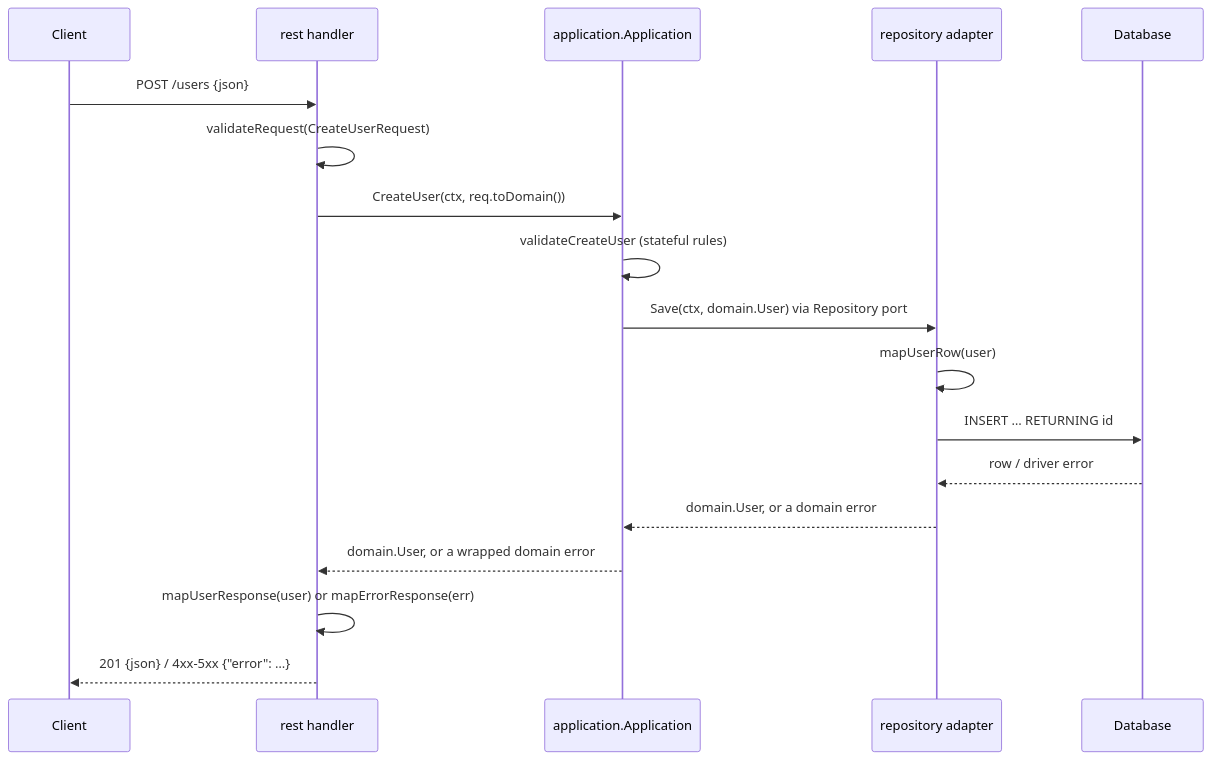
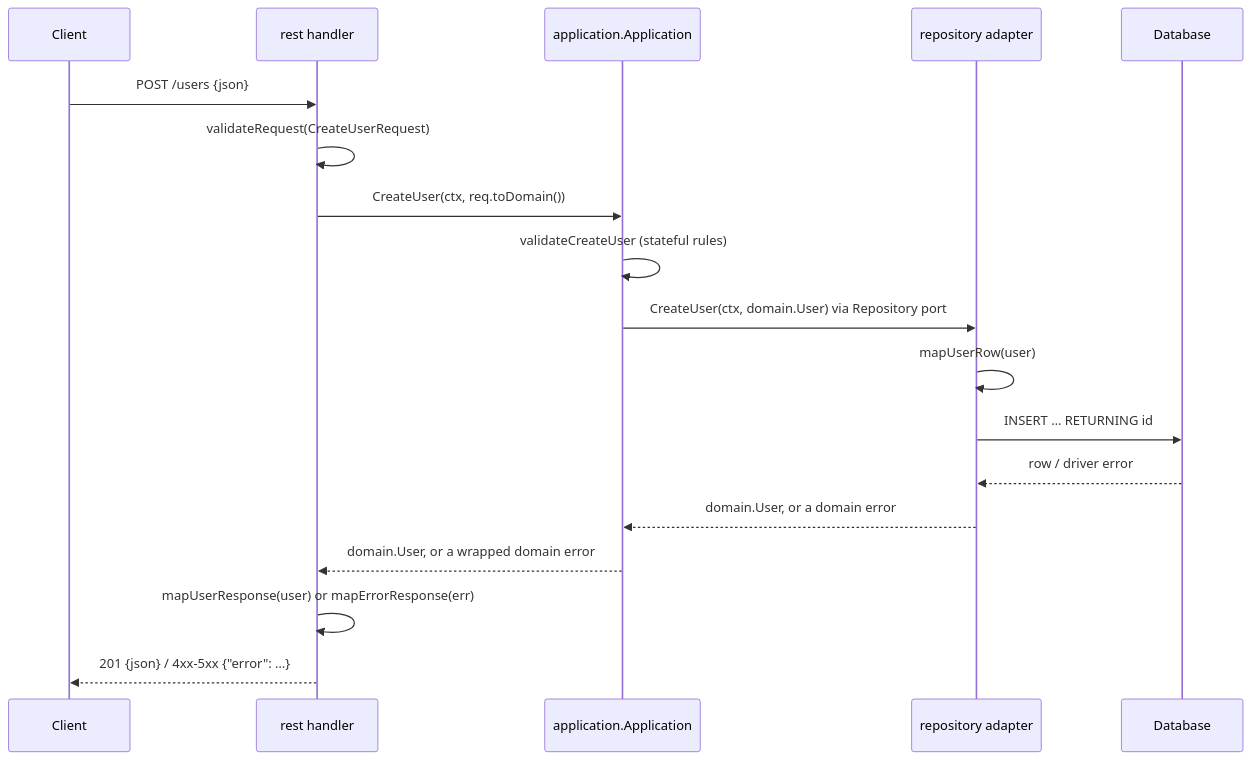
One commit to drew138/.dotfiles changed the second of 2 diagrams in roles/ai/files/skills/go-service/references/architecture.md. Above: the diagram before and after it, drawn with Mermaid. The commit also changed 8 other files, not shown here.

````diff
--- a/roles/ai/files/skills/go-service/references/architecture.md
+++ b/roles/ai/files/skills/go-service/references/architecture.md
@@ -42,21 +42,21 @@
 ```mermaid
 sequenceDiagram
     participant C as Client
     participant H as rest handler
     participant S as application.Application
     participant R as repository adapter
     participant DB as Database
 
     C->>H: POST /users {json}
     H->>H: validateRequest(CreateUserRequest)
     H->>S: CreateUser(ctx, req.toDomain())
     S->>S: validateCreateUser (stateful rules)
-    S->>R: Save(ctx, domain.User) via Repository port
+    S->>R: CreateUser(ctx, domain.User) via Repository port
     R->>R: mapUserRow(user)
     R->>DB: INSERT … RETURNING id
     DB-->>R: row / driver error
     R-->>S: domain.User, or a domain error
     S-->>H: domain.User, or a wrapped domain error
     H->>H: mapUserResponse(user) or mapErrorResponse(err)
     H-->>C: 201 {json} / 4xx-5xx {"error": …}
 ```
````
